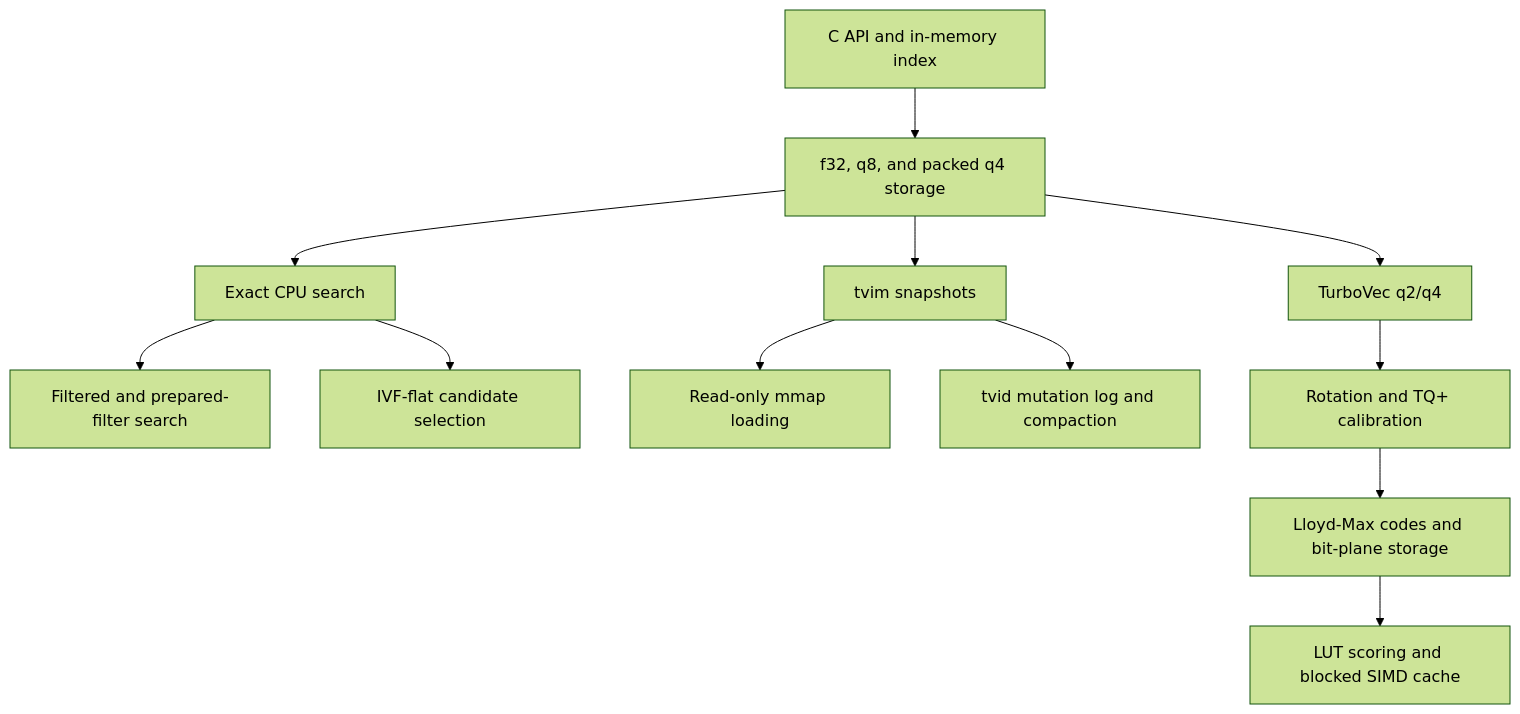
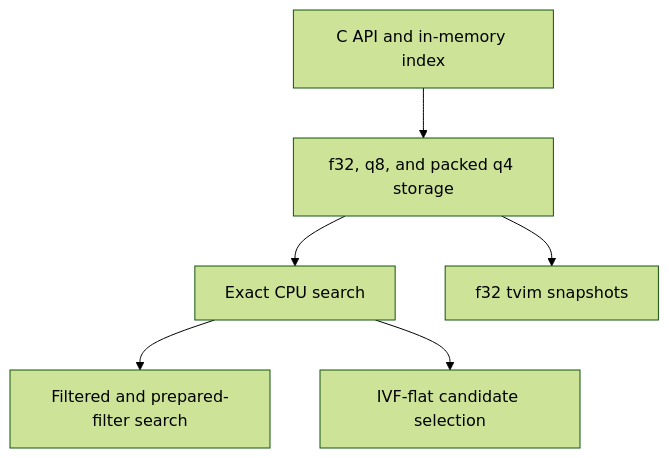
The diagram in docs/vector-index.md (tetherto/qvac-ext-lib-llama.cpp), drawn with Mermaid (forest theme) before and after one commit. The commit also changed other lines of this file and 5 other files, not shown here.

````diff
--- a/docs/vector-index.md
+++ b/docs/vector-index.md
@@ -17,14 +17,8 @@
 ```mermaid
 flowchart TD
     api["C API and in-memory index"] --> storage["f32, q8, and packed q4 storage"]
     storage --> exact["Exact CPU search"]
     exact --> filters["Filtered and prepared-filter search"]
     exact --> ivf["IVF-flat candidate selection"]
-    storage --> snapshot["tvim snapshots"]
-    snapshot --> mmap["Read-only mmap loading"]
-    snapshot --> delta["tvid mutation log and compaction"]
-    storage --> turbovec["TurboVec q2/q4"]
-    turbovec --> rotation["Rotation and TQ+ calibration"]
-    rotation --> codes["Lloyd-Max codes and bit-plane storage"]
-    codes --> lut["LUT scoring and blocked SIMD cache"]
+    storage --> snapshot["f32 tvim snapshots"]
 ```
````
